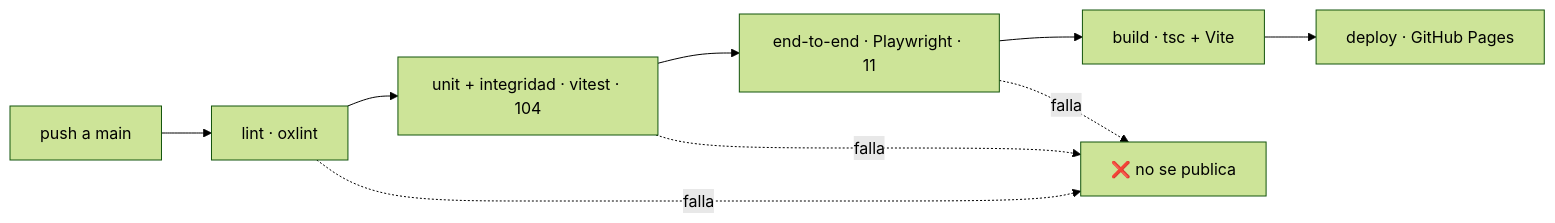
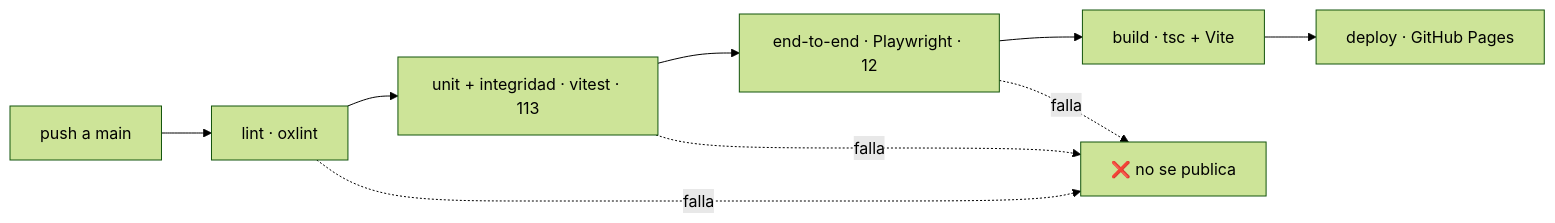
One commit to luzzaragoza/cuanto-me-falta changed the diagram in docs/06-calidad.md. Above: the diagram before and after it, drawn with Mermaid (forest theme). The commit also changed other lines of this file and 10 other files, not shown here.

````diff
--- a/docs/06-calidad.md
+++ b/docs/06-calidad.md
@@ -62,12 +64,12 @@
 ```mermaid
 %% svg:pipeline
 flowchart LR
     P["push a main"] --> L["lint · oxlint"]
-    L --> U["unit + integridad · vitest · 104"]
-    U --> E["end-to-end · Playwright · 11"]
+    L --> U["unit + integridad · vitest · 113"]
+    U --> E["end-to-end · Playwright · 12"]
     E --> B["build · tsc + Vite"]
     B --> D["deploy · GitHub Pages"]
     L -. falla .-> X["❌ no se publica"]
     U -. falla .-> X
     E -. falla .-> X
 ```
````
